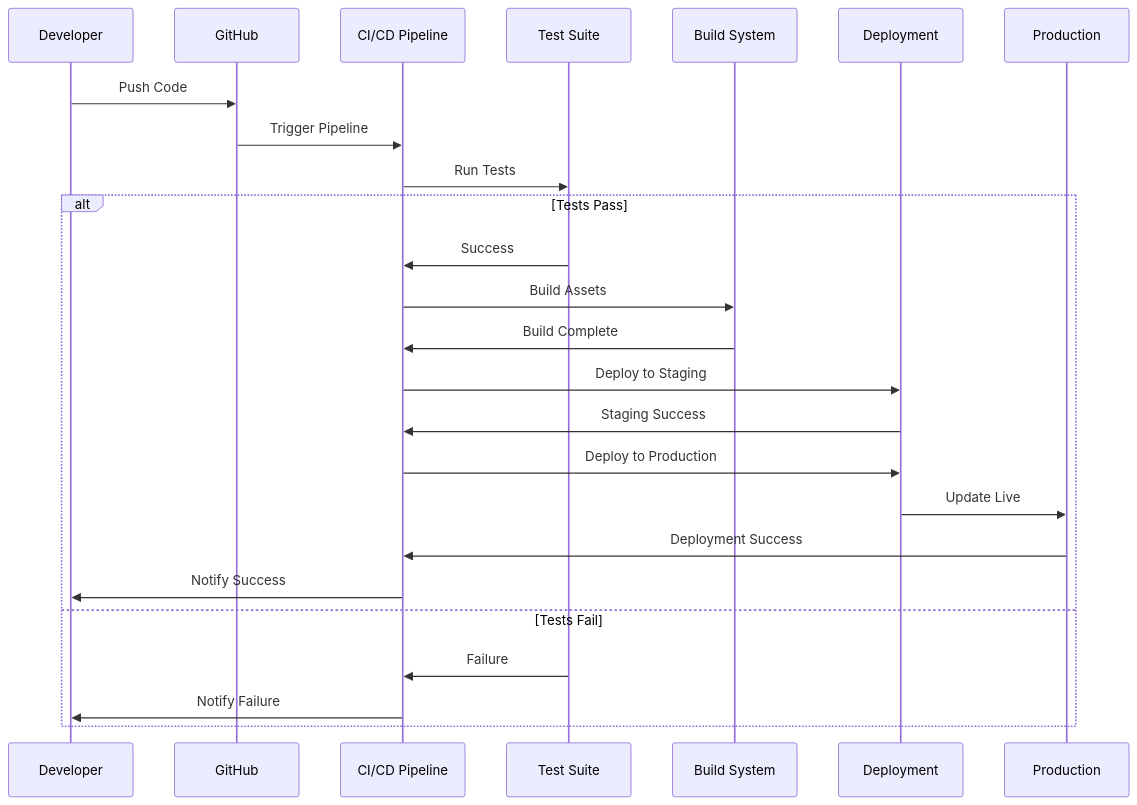
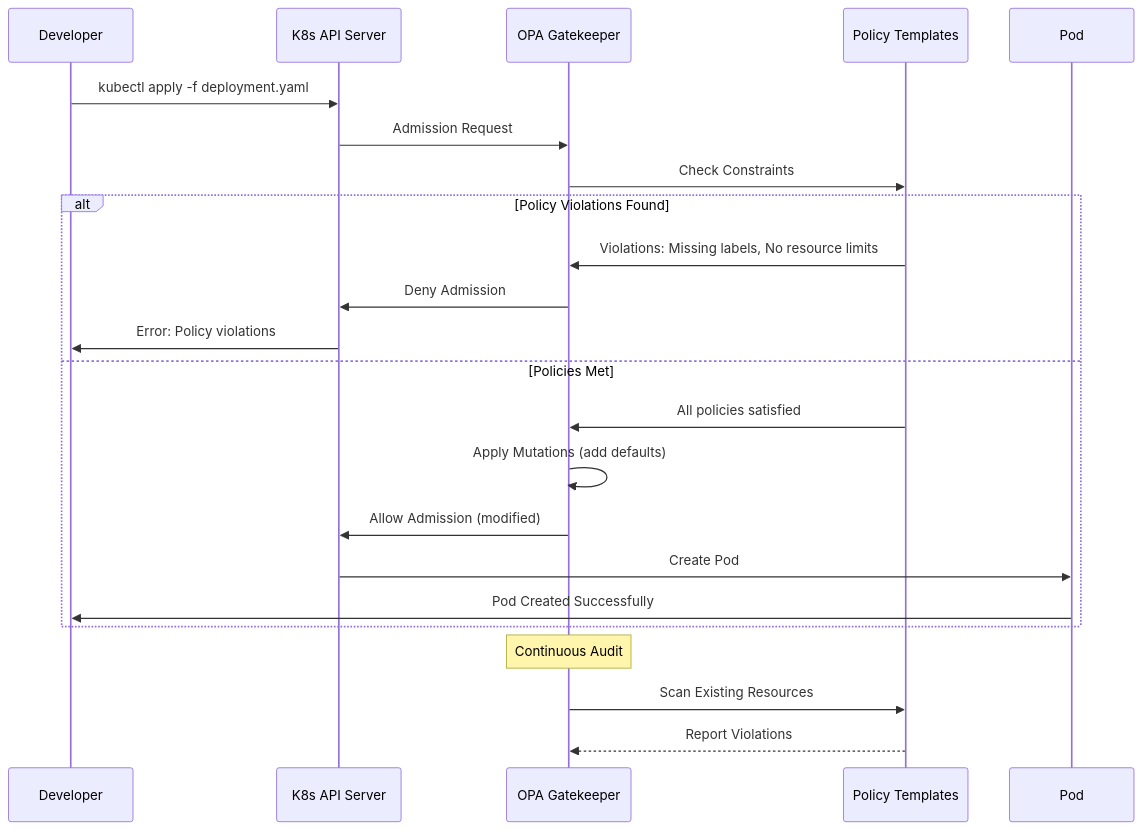
One commit to Derek-miranda/DocuThinker-AI changed diagram 19 of 26 in ARCHITECTURE.md. Above: the diagram before and after it, drawn with Mermaid. The commit also changed other lines of this file and 36 other files, not shown here.

````diff
--- a/ARCHITECTURE.md
+++ b/ARCHITECTURE.md
@@ -978,29 +1554,29 @@
 ```mermaid
 sequenceDiagram
     participant Dev as Developer
-    participant Git as GitHub
-    participant CI as CI/CD Pipeline
-    participant Test as Test Suite
-    participant Build as Build System
-    participant Deploy as Deployment
-    participant Prod as Production
+    participant API as K8s API Server
+    participant OPA as OPA Gatekeeper
+    participant POLICIES as Policy Templates
+    participant POD as Pod
 
-    Dev->>Git: Push Code
-    Git->>CI: Trigger Pipeline
-    CI->>Test: Run Tests
+    Dev->>API: kubectl apply -f deployment.yaml
+    API->>OPA: Admission Request
 
-    alt Tests Pass
-        Test->>CI: Success
-        CI->>Build: Build Assets
-        Build->>CI: Build Complete
-        CI->>Deploy: Deploy to Staging
-        Deploy->>CI: Staging Success
-        CI->>Deploy: Deploy to Production
-        Deploy->>Prod: Update Live
-        Prod->>CI: Deployment Success
-        CI->>Dev: Notify Success
-    else Tests Fail
-        Test->>CI: Failure
-        CI->>Dev: Notify Failure
+    OPA->>POLICIES: Check Constraints
+
+    alt Policy Violations Found
+        POLICIES->>OPA: Violations: Missing labels, No resource limits
+        OPA->>API: Deny Admission
+        API->>Dev: Error: Policy violations
+    else Policies Met
+        POLICIES->>OPA: All policies satisfied
+        OPA->>OPA: Apply Mutations (add defaults)
+        OPA->>API: Allow Admission (modified)
+        API->>POD: Create Pod
+        POD->>Dev: Pod Created Successfully
     end
+
+    Note over OPA: Continuous Audit
+    OPA->>POLICIES: Scan Existing Resources
+    POLICIES-->>OPA: Report Violations
 ```
````
